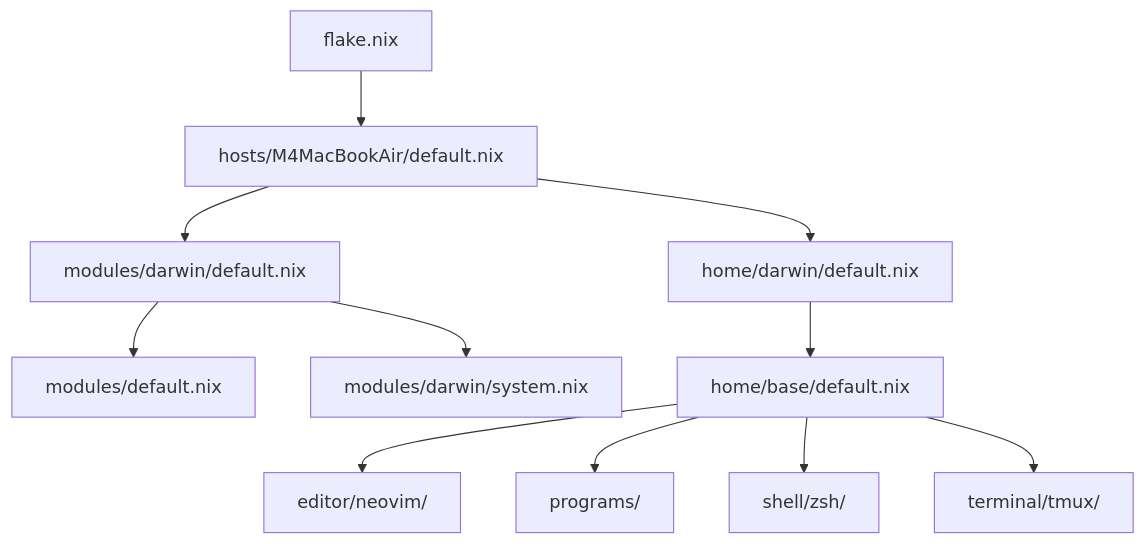
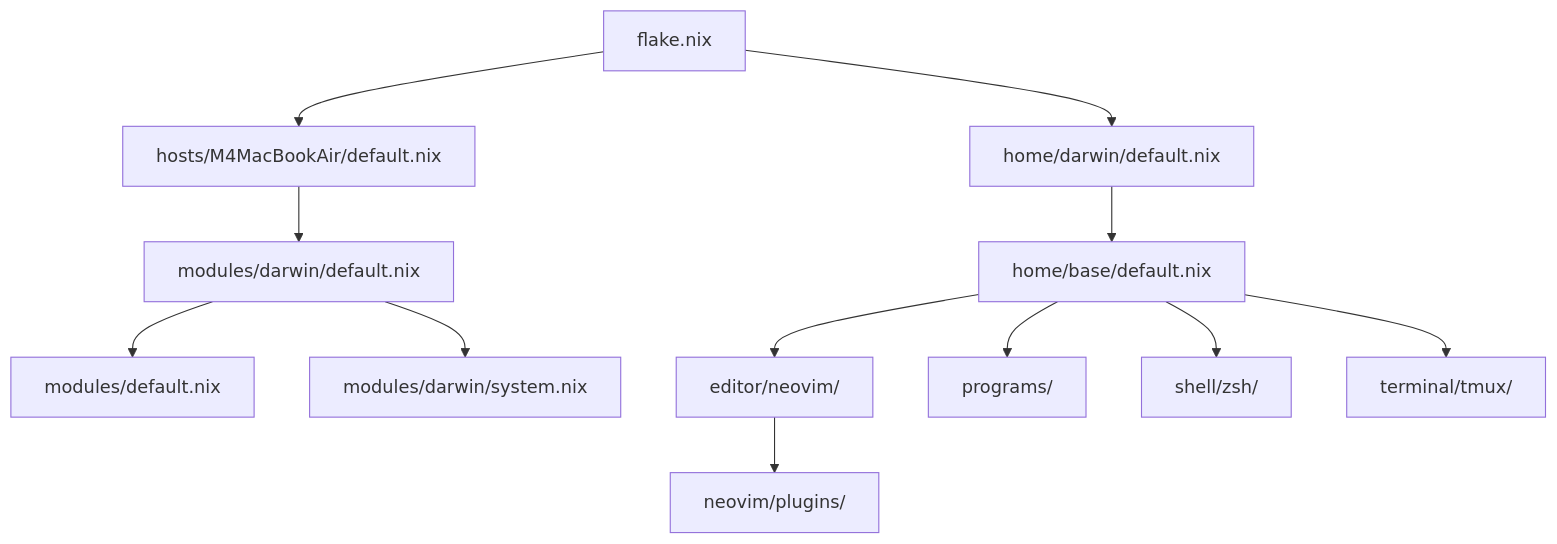
Before and after one commit to pranc1ngpegasus/dotfiles: the diagram in docs/architecture.md, drawn with Mermaid. The commit also changed other lines of this file and 9 other files, not shown here.

````diff
--- a/docs/architecture.md
+++ b/docs/architecture.md
@@ -5,13 +5,14 @@
 ```mermaid
 graph TD
     A[flake.nix] --> B[hosts/M4MacBookAir/default.nix]
     B --> C[modules/darwin/default.nix]
     C --> D[modules/default.nix]
     C --> E[modules/darwin/system.nix]
-    B --> F[home/darwin/default.nix]
+    A --> F[home/darwin/default.nix]
     F --> G[home/base/default.nix]
     G --> H[editor/neovim/]
+    H --> L[neovim/plugins/]
     G --> I[programs/]
     G --> J[shell/zsh/]
     G --> K[terminal/tmux/]
 ```
````
